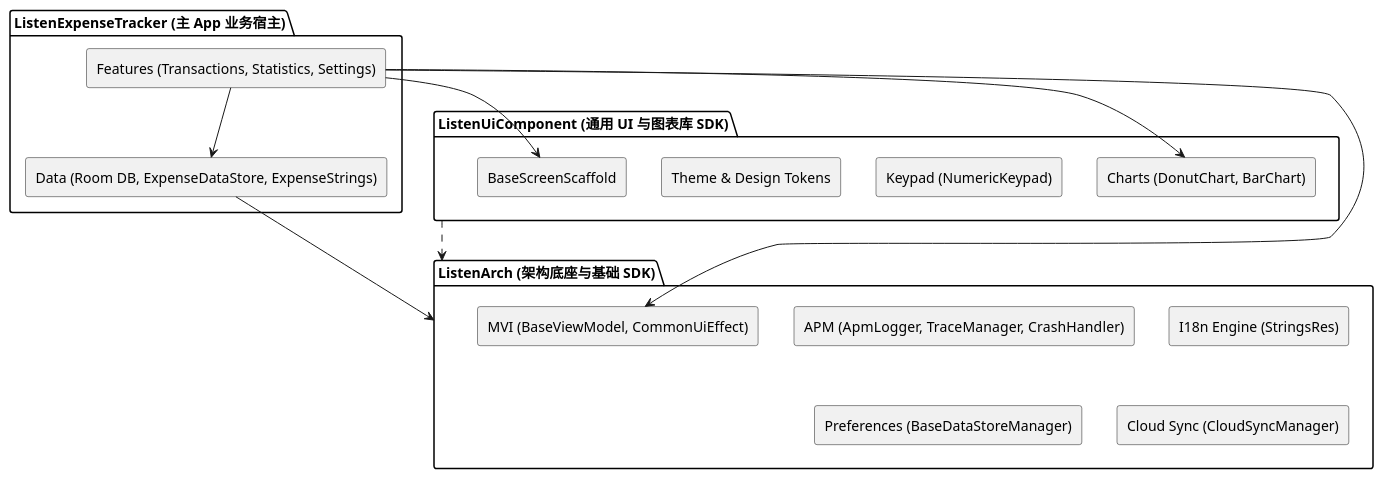
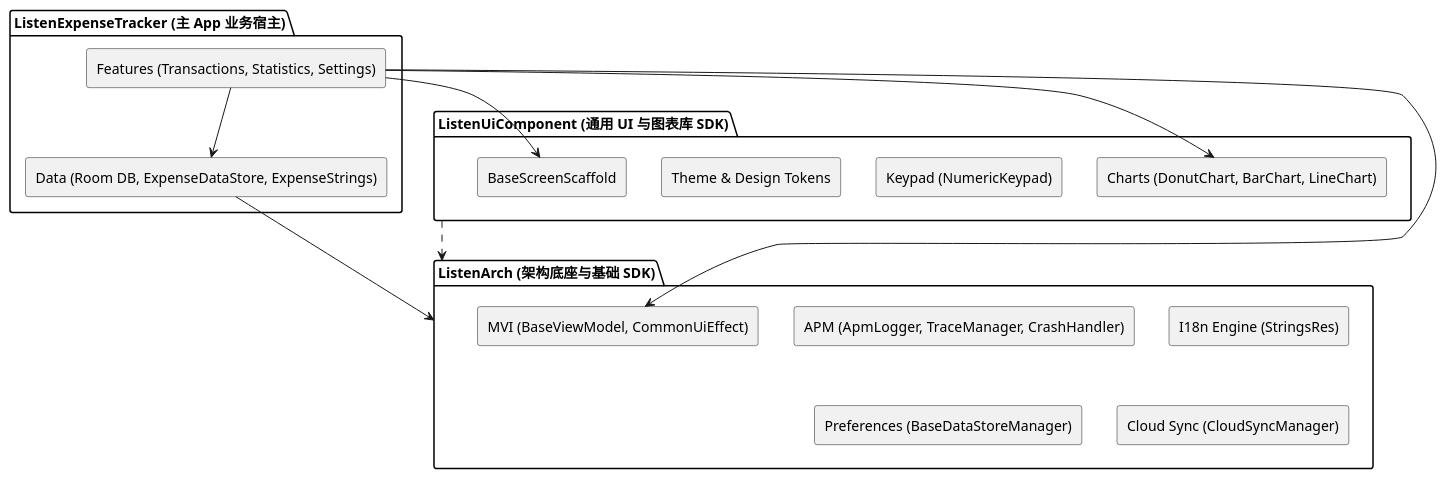
The diagram in README.md (listen2code/ListenExpenseTracker), drawn with PlantUML before and after one commit. The commit also changed other lines of this file and 3 other files, not shown here.

First line of the commit message:
docs: update architecture, API references, and project structure

````diff
--- a/README.md
+++ b/README.md
@@ -41,34 +41,34 @@
 ```plantuml
 @startuml
 skinparam backgroundColor transparent
 skinparam componentStyle rectangle
 skinparam shadowing false
 
 package "ListenExpenseTracker (主 App 业务宿主)" as AppPkg {
   [Features (Transactions, Statistics, Settings)] as Features
   [Data (Room DB, ExpenseDataStore, ExpenseStrings)] as AppData
 }
 
 package "ListenUiComponent (通用 UI 与图表库 SDK)" as UIPkg {
-  [Charts (DonutChart, BarChart)] as Charts
+  [Charts (DonutChart, BarChart, LineChart)] as Charts
   [Keypad (NumericKeypad)] as Keypad
   [Theme & Design Tokens] as Theme
   [BaseScreenScaffold] as Scaffold
 }
 
 package "ListenArch (架构底座与基础 SDK)" as ArchPkg {
   [MVI (BaseViewModel, CommonUiEffect)] as MVI
   [APM (ApmLogger, TraceManager, CrashHandler)] as APM
   [I18n Engine (StringsRes)] as I18n
   [Preferences (BaseDataStoreManager)] as Pref
   [Cloud Sync (CloudSyncManager)] as Sync
 }
 
 Features --> AppData
 Features --> Scaffold
 Features --> Charts
 Features --> MVI
 AppData --> ArchPkg
 UIPkg ..> ArchPkg
 @enduml
 ```
````
